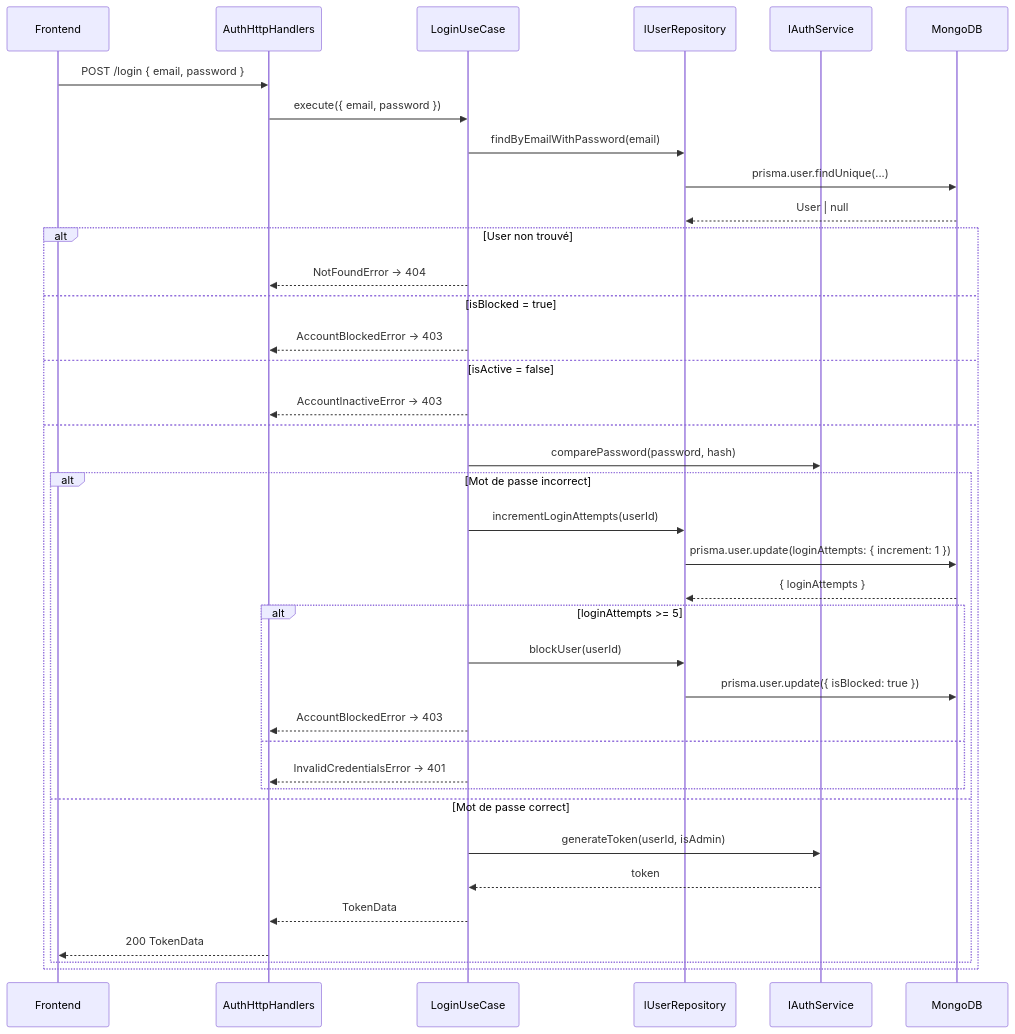
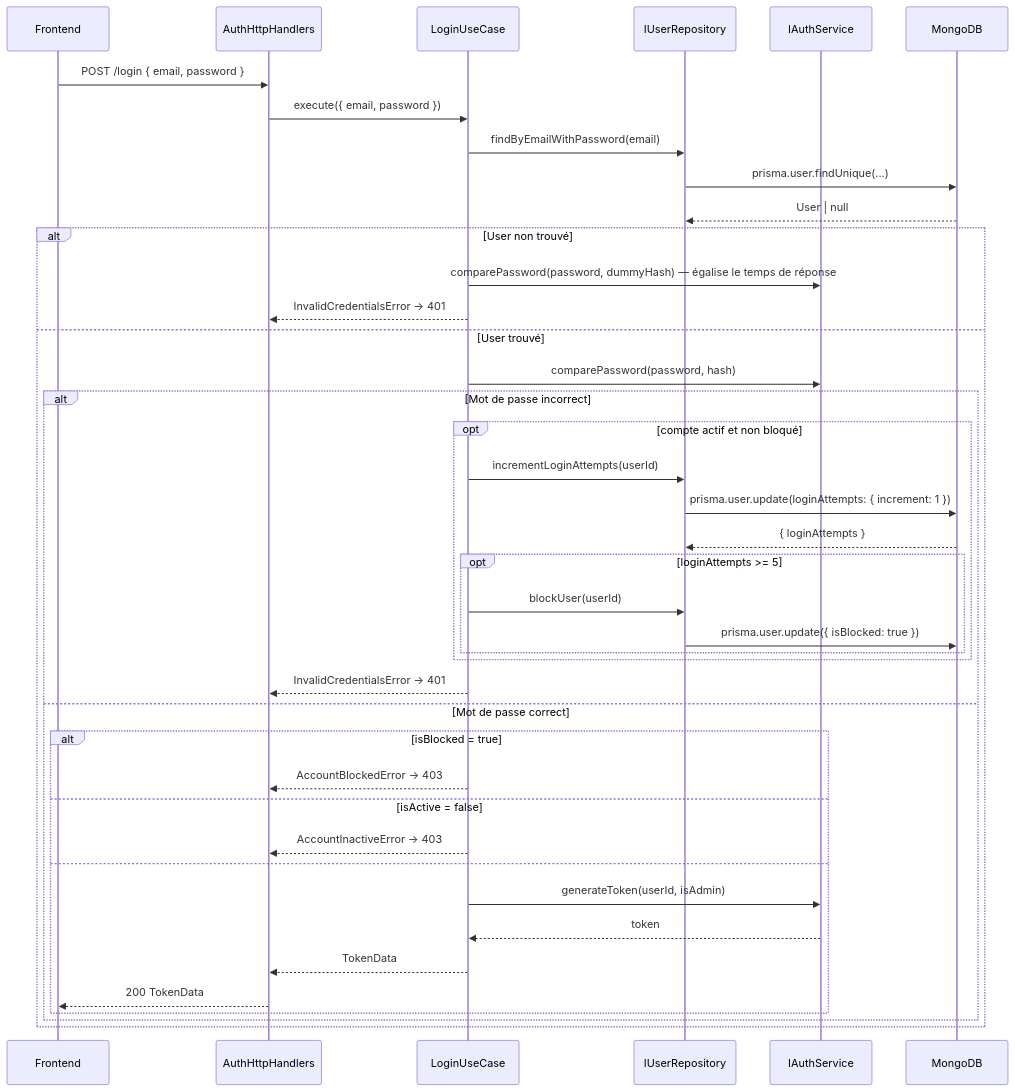
Before and after one commit to ptitdam2001/fullstack-application: the second of 9 diagrams in specifications/10-inscription-et-authentification.md, drawn with Mermaid. The commit also changed other lines of this file, not shown here.

Commit message:
docs(spec): specify anti-enumeration rules for login
Check credentials before account state: unknown email and wrong password
return the same 401 (timing equalised with a dummy bcrypt compare), and
blocked/inactive (403) are only revealed with the correct password. The
5th failed attempt now gets the generic 401 too, and blocked/inactive
accounts no longer increment loginAttempts. Diagram corrected (unknown
user is 401, not 404).

````diff
--- a/specifications/10-inscription-et-authentification.md
+++ b/specifications/10-inscription-et-authentification.md
@@ -242,41 +253,44 @@
 ```mermaid
 sequenceDiagram
     participant FE as Frontend
     participant API as AuthHttpHandlers
     participant UC as LoginUseCase
     participant UserRepo as IUserRepository
     participant AuthSvc as IAuthService
     participant DB as MongoDB
 
     FE->>API: POST /login { email, password }
     API->>UC: execute({ email, password })
     UC->>UserRepo: findByEmailWithPassword(email)
     UserRepo->>DB: prisma.user.findUnique(...)
     DB-->>UserRepo: User | null
     alt User non trouvé
-        UC-->>API: NotFoundError → 404
-    else isBlocked = true
-        UC-->>API: AccountBlockedError → 403
-    else isActive = false
-        UC-->>API: AccountInactiveError → 403
-    else
+        UC->>AuthSvc: comparePassword(password, dummyHash) — égalise le temps de réponse
+        UC-->>API: InvalidCredentialsError → 401
+    else User trouvé
         UC->>AuthSvc: comparePassword(password, hash)
         alt Mot de passe incorrect
-            UC->>UserRepo: incrementLoginAttempts(userId)
-            UserRepo->>DB: prisma.user.update(loginAttempts: { increment: 1 })
-            DB-->>UserRepo: { loginAttempts }
-            alt loginAttempts >= 5
-                UC->>UserRepo: blockUser(userId)
-                UserRepo->>DB: prisma.user.update({ isBlocked: true })
+            opt compte actif et non bloqué
+                UC->>UserRepo: incrementLoginAttempts(userId)
+                UserRepo->>DB: prisma.user.update(loginAttempts: { increment: 1 })
+                DB-->>UserRepo: { loginAttempts }
+                opt loginAttempts >= 5
+                    UC->>UserRepo: blockUser(userId)
+                    UserRepo->>DB: prisma.user.update({ isBlocked: true })
+                end
+            end
+            UC-->>API: InvalidCredentialsError → 401
+        else Mot de passe correct
+            alt isBlocked = true
                 UC-->>API: AccountBlockedError → 403
+            else isActive = false
+                UC-->>API: AccountInactiveError → 403
             else
-                UC-->>API: InvalidCredentialsError → 401
+                UC->>AuthSvc: generateToken(userId, isAdmin)
+                AuthSvc-->>UC: token
+                UC-->>API: TokenData
+                API-->>FE: 200 TokenData
             end
-        else Mot de passe correct
-            UC->>AuthSvc: generateToken(userId, isAdmin)
-            AuthSvc-->>UC: token
-            UC-->>API: TokenData
-            API-->>FE: 200 TokenData
         end
     end
 ```
````
